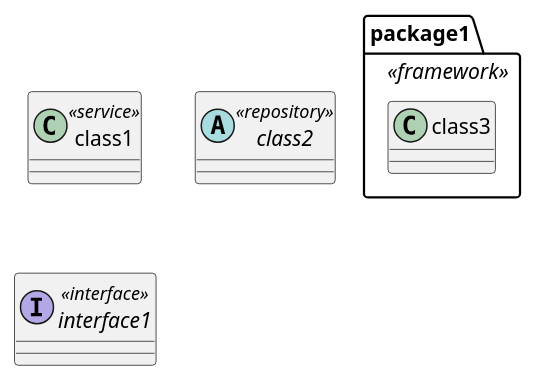
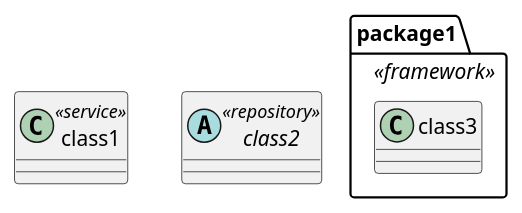
Before and after one commit to zhongjinggz/vp-cli: diagram 22 of 27 in doc/spec/spec-class-diagram-basic.md, drawn with PlantUML. The commit also changed other lines of this file and 2 other files, not shown here.

````diff
--- a/doc/spec/spec-class-diagram-basic.md
+++ b/doc/spec/spec-class-diagram-basic.md
@@ -578,11 +680,10 @@
 ```plantuml
 @startuml
 class class1 <<service>> {}
 abstract class class2 <<repository>> {}
-interface interface1 <<interface>> {}
 
 package package1 <<framework>> {
     class class3 {}
 }
 @enduml
 ```
````
